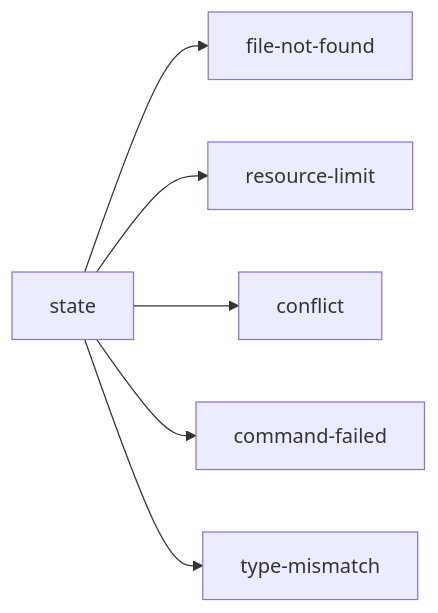
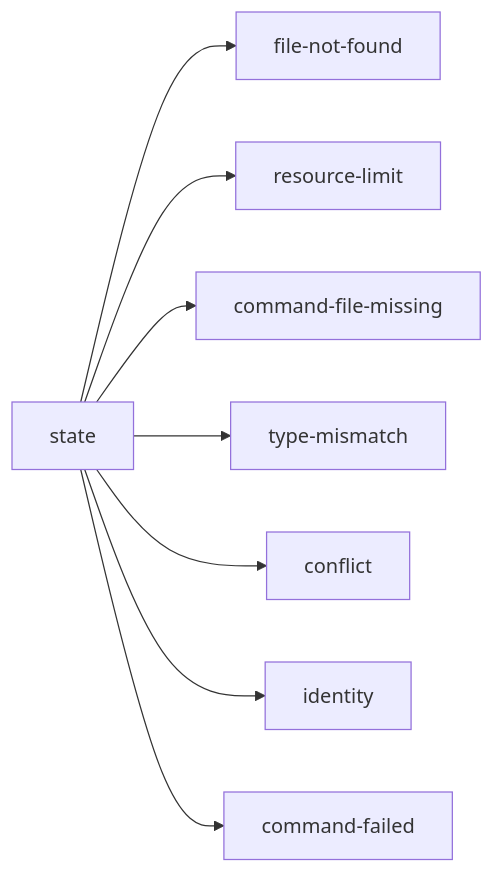
Before and after one commit to meaganewaller/weekly-reviews: the second of 11 diagrams in friction-taxonomy.md, drawn with Mermaid. The commit also changed other lines of this file and 2 other files, not shown here.

```diff
--- a/friction-taxonomy.md
+++ b/friction-taxonomy.md
@@ -40,8 +43,10 @@
 {% mermaid %}
 flowchart LR
     A[state] --> B[file-not-found]
     A --> C[resource-limit]
-    A --> D[conflict]
-    A --> E[command-failed]
-    A --> F[type-mismatch]
+    A --> D[command-file-missing]
+    A --> E[type-mismatch]
+    A --> F[conflict]
+    A --> G[identity]
+    A --> H[command-failed]
 {% endmermaid %}
```
